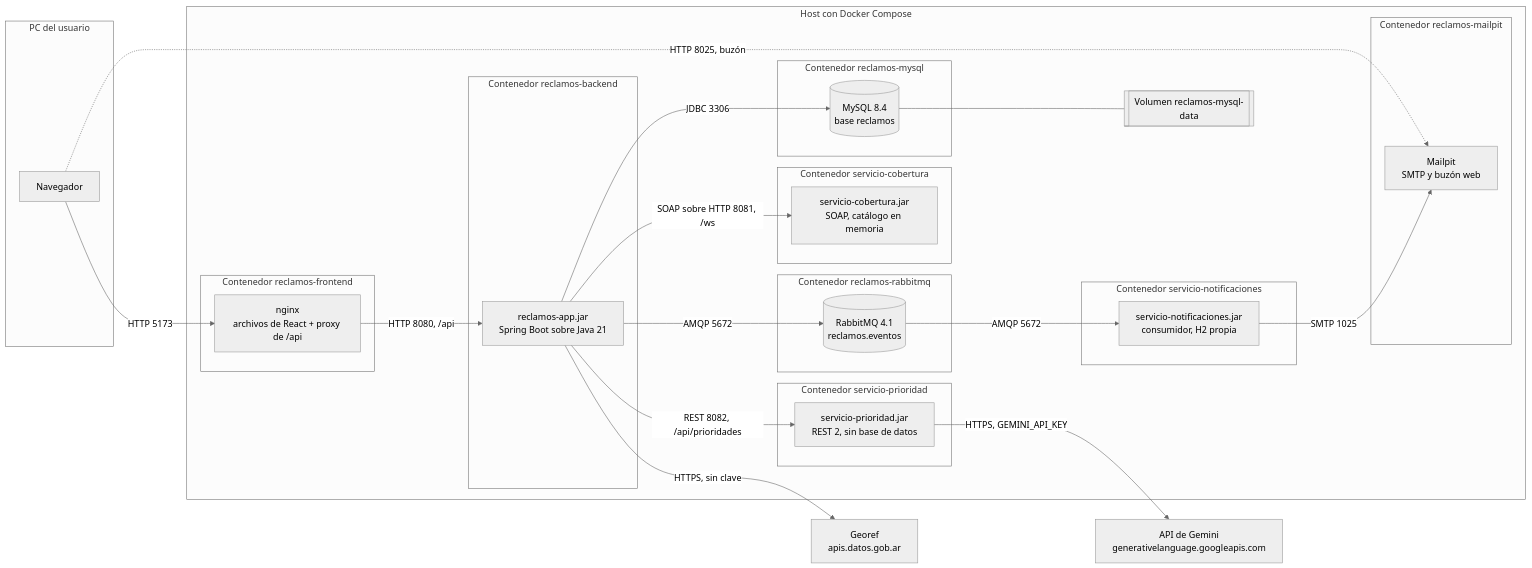
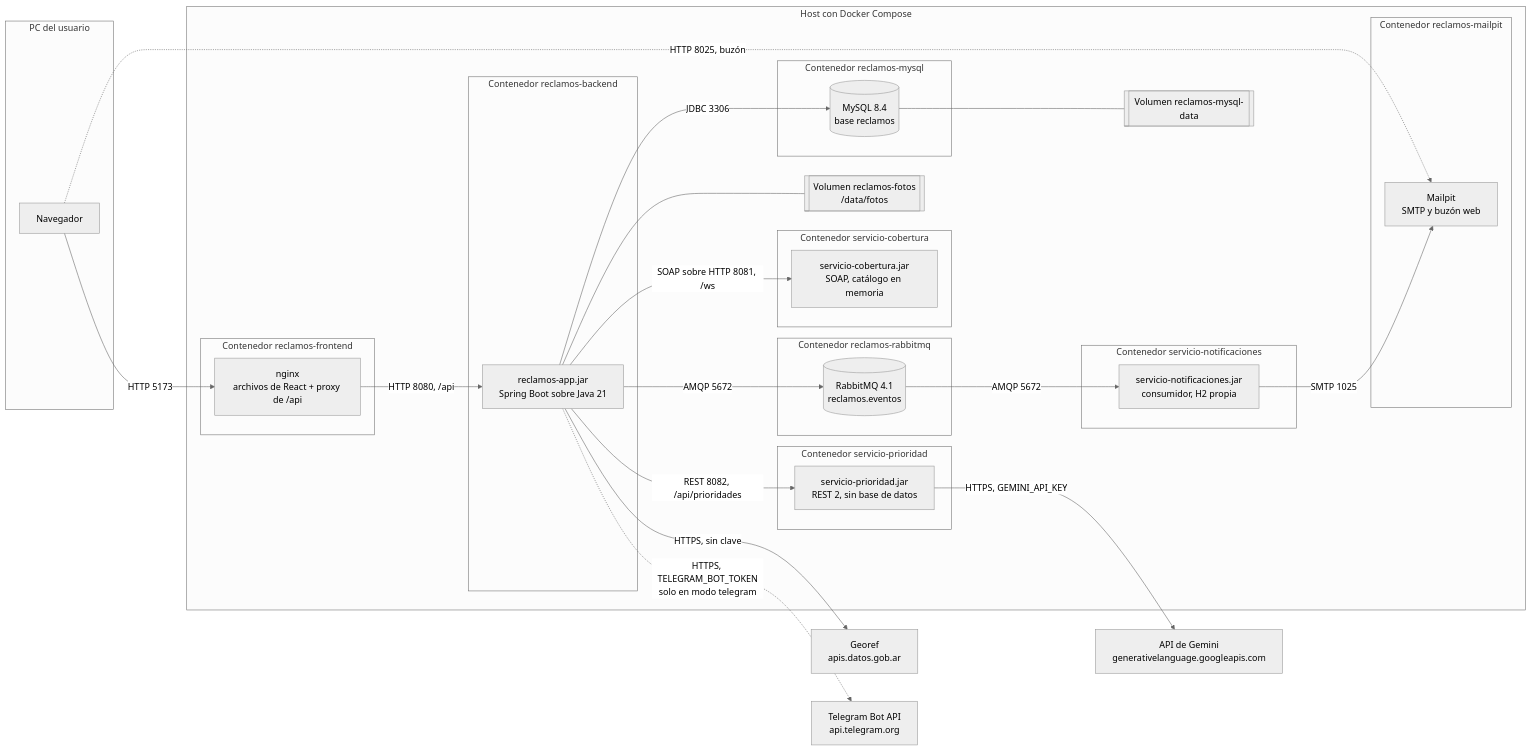
The first of 2 diagrams in docs/despliegue.md (SanTegli/DesarrolloAppsIIGrupo10), drawn with Mermaid (neutral theme) before and after one commit. The commit also changed other lines of this file and 27 other files, not shown here.

````diff
--- a/docs/despliegue.md
+++ b/docs/despliegue.md
@@ -8,48 +10,52 @@
 ```mermaid
 flowchart LR
   subgraph PC["PC del usuario"]
     NAV["Navegador"]
   end
   subgraph DOCKER["Host con Docker Compose"]
     subgraph CF["Contenedor reclamos-frontend"]
       NGINX["nginx<br/>archivos de React + proxy de /api"]
     end
     subgraph CB["Contenedor reclamos-backend"]
       APP["reclamos-app.jar<br/>Spring Boot sobre Java 21"]
     end
     subgraph CM["Contenedor reclamos-mysql"]
       DB[("MySQL 8.4<br/>base reclamos")]
     end
     subgraph CS["Contenedor servicio-cobertura"]
       SOAP["servicio-cobertura.jar<br/>SOAP, catálogo en memoria"]
     end
     subgraph CP["Contenedor servicio-prioridad"]
       IA["servicio-prioridad.jar<br/>REST 2, sin base de datos"]
     end
     subgraph CR["Contenedor reclamos-rabbitmq"]
       MQ[("RabbitMQ 4.1<br/>reclamos.eventos")]
     end
     subgraph CN["Contenedor servicio-notificaciones"]
       NOT["servicio-notificaciones.jar<br/>consumidor, H2 propia"]
     end
     subgraph CMP["Contenedor reclamos-mailpit"]
       MP["Mailpit<br/>SMTP y buzón web"]
     end
     VOL[["Volumen reclamos-mysql-data"]]
+    VOLF[["Volumen reclamos-fotos<br/>/data/fotos"]]
   end
   GEM["API de Gemini<br/>generativelanguage.googleapis.com"]
   GEO["Georef<br/>apis.datos.gob.ar"]
+  TG["Telegram Bot API<br/>api.telegram.org"]
 
   NAV -->|"HTTP 5173"| NGINX
   NGINX -->|"HTTP 8080, /api"| APP
   APP -->|"JDBC 3306"| DB
   APP -->|"SOAP sobre HTTP 8081, /ws"| SOAP
   APP -->|"REST 8082, /api/prioridades"| IA
   IA -->|"HTTPS, GEMINI_API_KEY"| GEM
   APP -->|"HTTPS, sin clave"| GEO
+  APP -.->|"HTTPS, TELEGRAM_BOT_TOKEN<br/>solo en modo telegram"| TG
+  APP --- VOLF
   APP -->|"AMQP 5672"| MQ
   MQ -->|"AMQP 5672"| NOT
   NOT -->|"SMTP 1025"| MP
   NAV -.->|"HTTP 8025, buzón"| MP
   DB --- VOL
 ```
````
